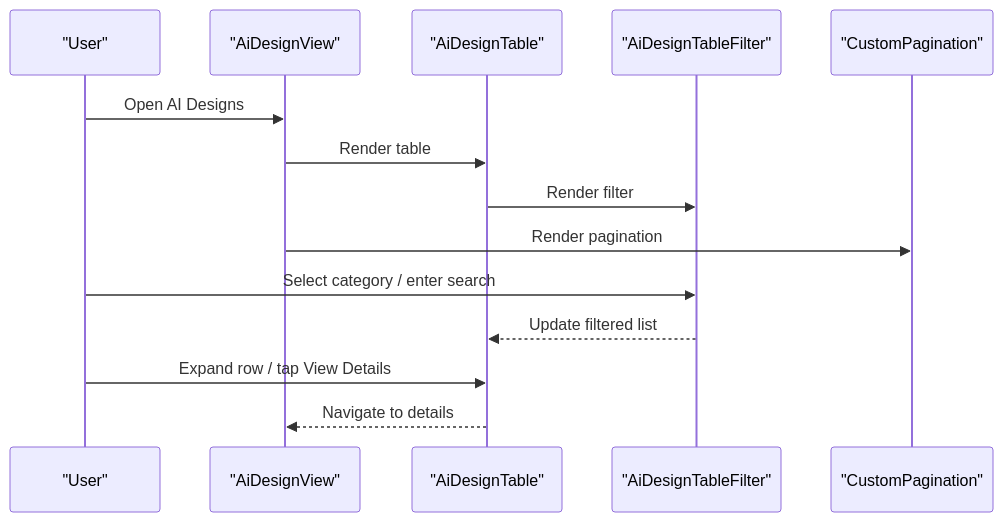
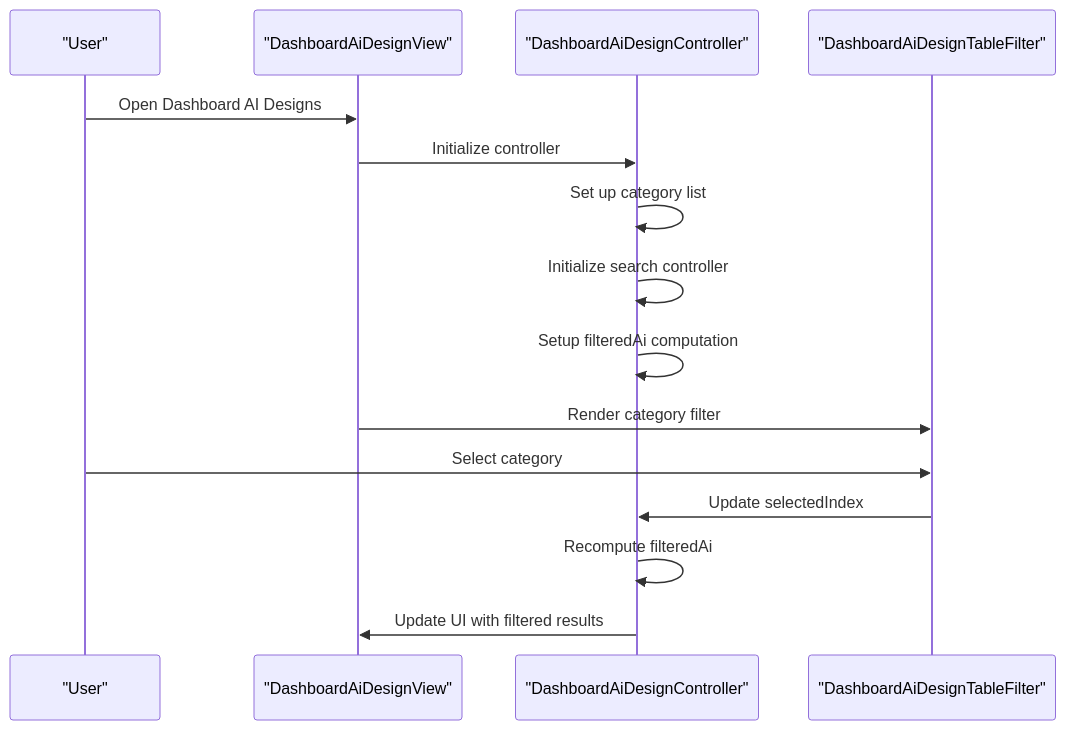
The fourth of 6 diagrams in .qoder/repowiki/en/content/Core Features/AI Design Services/AI Design Services.md (Ariful3111/FurniGo), drawn with Mermaid before and after one commit. The commit also changed other lines of this file and 67 other files, not shown here.

````diff
--- a/.qoder/repowiki/en/content/Core Features/AI Design Services/AI Design Services.md
+++ b/.qoder/repowiki/en/content/Core Features/AI Design Services/AI Design Services.md
@@ -226,16 +230,17 @@
 ```mermaid
 sequenceDiagram
 participant U as "User"
-participant V as "AiDesignView"
-participant T as "AiDesignTable"
-participant F as "AiDesignTableFilter"
-participant P as "CustomPagination"
-U->>V : Open AI Designs
-V->>T : Render table
-T->>F : Render filter
-V->>P : Render pagination
-U->>F : Select category / enter search
-F-->>T : Update filtered list
-U->>T : Expand row / tap View Details
-T-->>V : Navigate to details
+participant D as "DashboardAiDesignView"
+participant C as "DashboardAiDesignController"
+participant F as "DashboardAiDesignTableFilter"
+U->>D : Open Dashboard AI Designs
+D->>C : Initialize controller
+C->>C : Set up category list
+C->>C : Initialize search controller
+C->>C : Setup filteredAi computation
+D->>F : Render category filter
+U->>F : Select category
+F->>C : Update selectedIndex
+C->>C : Recompute filteredAi
+C->>D : Update UI with filtered results
 ```
````
